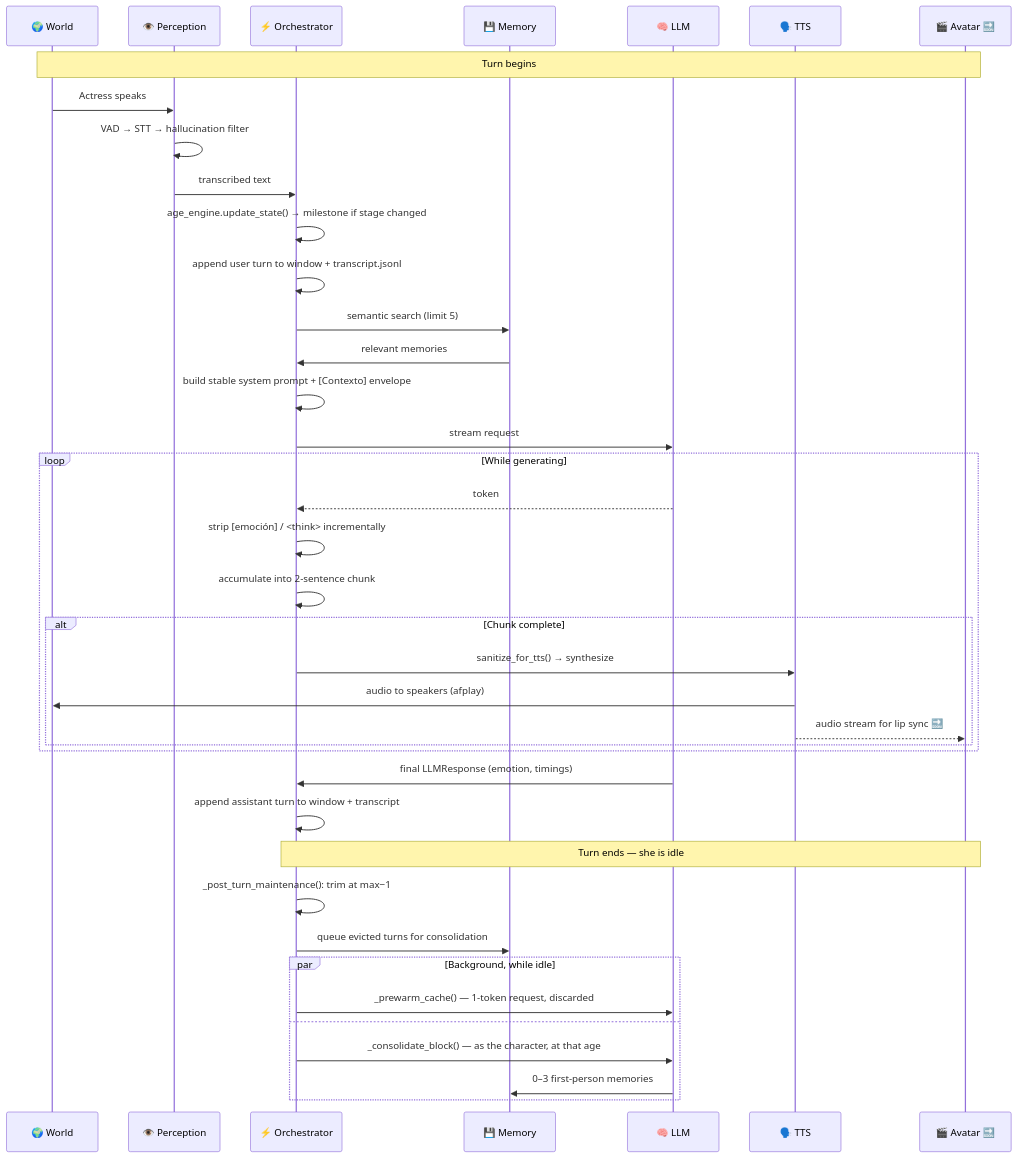
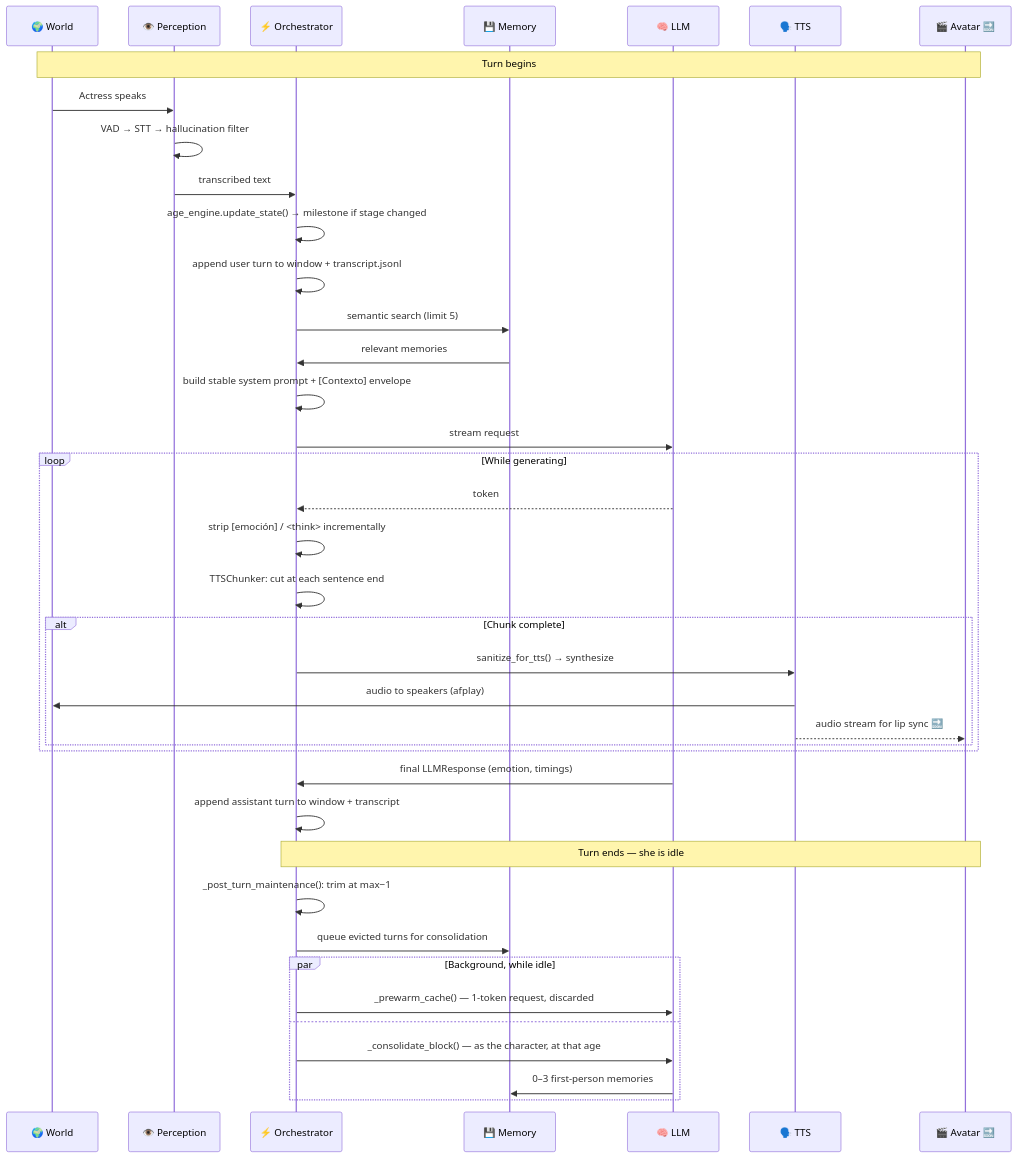
The eighth of 10 diagrams in ARCHITECTURE.md (sgl-a/Indira), drawn with Mermaid before and after one commit. The commit also changed other lines of this file and 10 other files, not shown here.

````diff
--- a/ARCHITECTURE.md
+++ b/ARCHITECTURE.md
@@ -480,46 +484,46 @@
 ```mermaid
 sequenceDiagram
     participant W as 🌍 World
     participant P as 👁️ Perception
     participant O as ⚡ Orchestrator
     participant M as 💾 Memory
     participant L as 🧠 LLM
     participant T as 🗣️ TTS
     participant A as 🎬 Avatar 🔜
 
     Note over W,A: Turn begins
     W->>P: Actress speaks
     P->>P: VAD → STT → hallucination filter
     P->>O: transcribed text
 
     O->>O: age_engine.update_state() → milestone if stage changed
     O->>O: append user turn to window + transcript.jsonl
     O->>M: semantic search (limit 5)
     M->>O: relevant memories
     O->>O: build stable system prompt + [Contexto] envelope
 
     O->>L: stream request
     loop While generating
         L-->>O: token
         O->>O: strip [emoción] / <think> incrementally
-        O->>O: accumulate into 2-sentence chunk
+        O->>O: TTSChunker: cut at each sentence end
         alt Chunk complete
             O->>T: sanitize_for_tts() → synthesize
             T->>W: audio to speakers (afplay)
             T-->>A: audio stream for lip sync 🔜
         end
     end
     L->>O: final LLMResponse (emotion, timings)
 
     O->>O: append assistant turn to window + transcript
     Note over O,A: Turn ends — she is idle
 
     O->>O: _post_turn_maintenance(): trim at max−1
     O->>M: queue evicted turns for consolidation
     par Background, while idle
         O->>L: _prewarm_cache() — 1-token request, discarded
     and
         O->>L: _consolidate_block() — as the character, at that age
         L->>M: 0–3 first-person memories
     end
 ```
````
